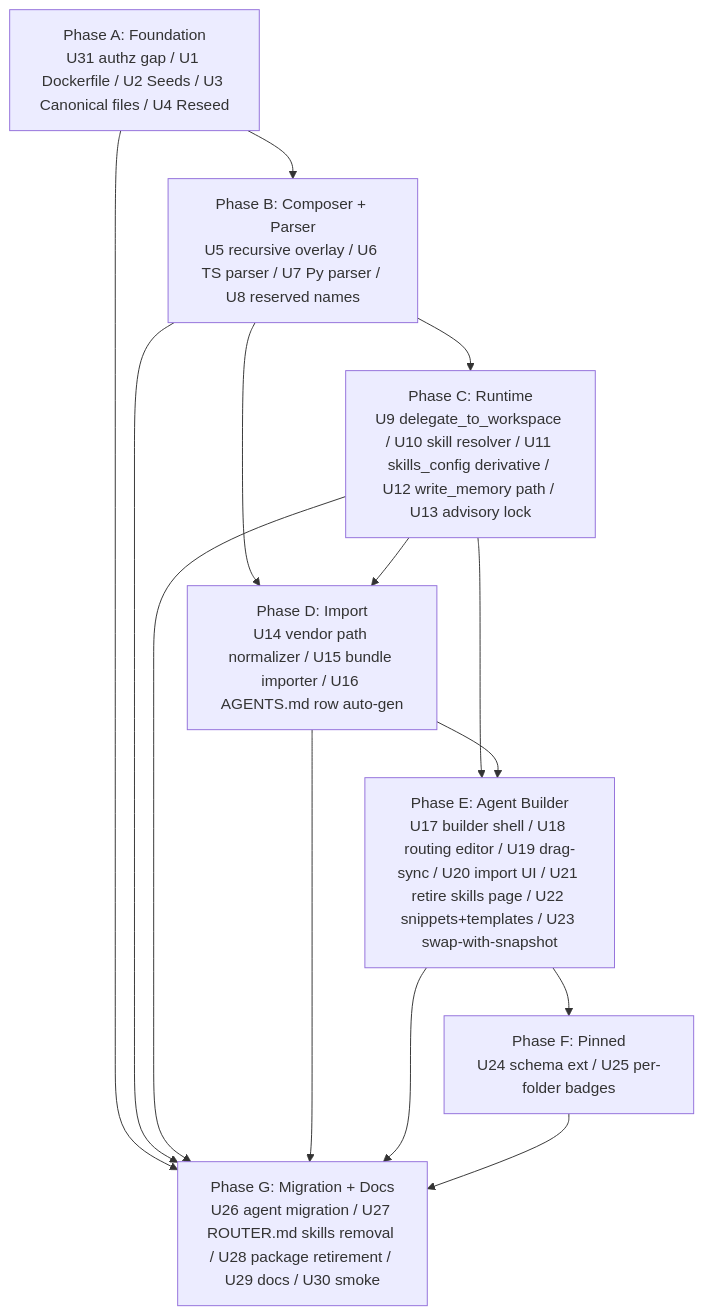
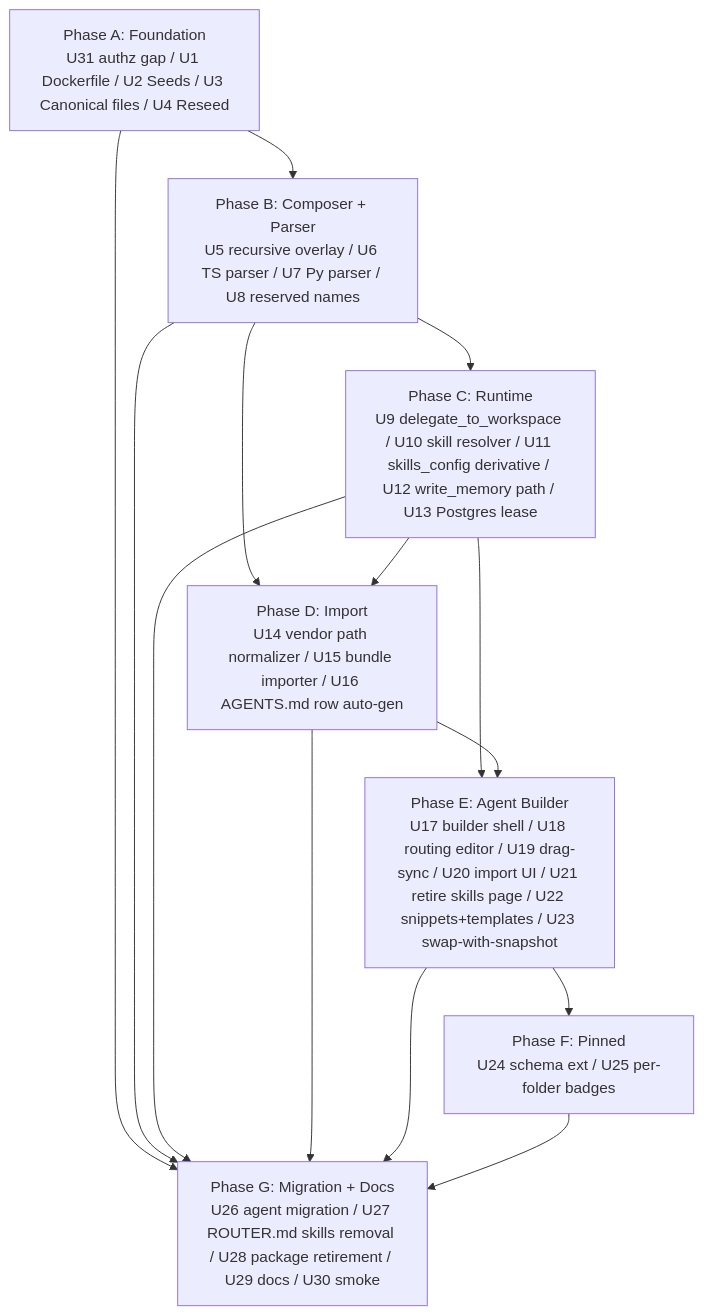
One commit to thinkwork-ai/thinkwork changed the diagram in docs/plans/2026-04-24-008-feat-fat-folder-sub-agents-and-agent-builder-plan.md. Above: the diagram before and after it, drawn with Mermaid. The commit also changed other lines of this file and 13 other files, not shown here.

````diff
--- a/docs/plans/2026-04-24-008-feat-fat-folder-sub-agents-and-agent-builder-plan.md
+++ b/docs/plans/2026-04-24-008-feat-fat-folder-sub-agents-and-agent-builder-plan.md
@@ -283,24 +284,24 @@
 ```mermaid
 graph TD
   A[Phase A: Foundation<br/>U31 authz gap / U1 Dockerfile / U2 Seeds / U3 Canonical files / U4 Reseed]
   B[Phase B: Composer + Parser<br/>U5 recursive overlay / U6 TS parser / U7 Py parser / U8 reserved names]
-  C[Phase C: Runtime<br/>U9 delegate_to_workspace / U10 skill resolver / U11 skills_config derivative / U12 write_memory path / U13 advisory lock]
+  C[Phase C: Runtime<br/>U9 delegate_to_workspace / U10 skill resolver / U11 skills_config derivative / U12 write_memory path / U13 Postgres lease]
   D[Phase D: Import<br/>U14 vendor path normalizer / U15 bundle importer / U16 AGENTS.md row auto-gen]
   E[Phase E: Agent Builder<br/>U17 builder shell / U18 routing editor / U19 drag-sync / U20 import UI / U21 retire skills page / U22 snippets+templates / U23 swap-with-snapshot]
   F[Phase F: Pinned<br/>U24 schema ext / U25 per-folder badges]
   G[Phase G: Migration + Docs<br/>U26 agent migration / U27 ROUTER.md skills removal / U28 package retirement / U29 docs / U30 smoke]
 
   A --> B
   B --> C
   B --> D
   C --> D
   C --> E
   D --> E
   E --> F
   A --> G
   B --> G
   C --> G
   D --> G
   E --> G
   F --> G
 ```
````
